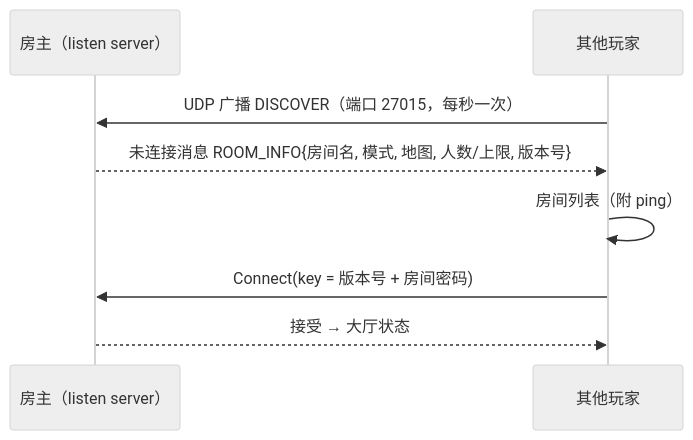
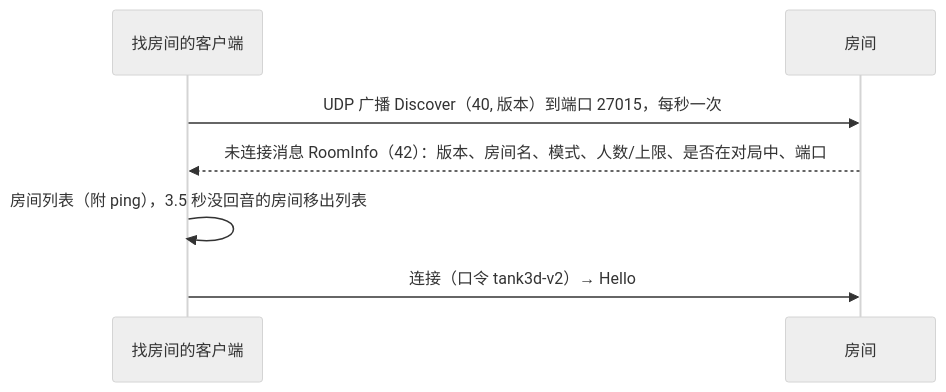
Before and after one commit to Murphycx94/BattleCity: the second of 2 diagrams in docs/03-netcode.md, drawn with Mermaid (neutral theme). The commit also changed other lines of this file and 152 other files, not shown here.

````diff
--- a/docs/03-netcode.md
+++ b/docs/03-netcode.md
@@ -247,10 +277,9 @@
 ```mermaid
 sequenceDiagram
-  participant H as 房主（listen server）
-  participant C as 其他玩家
-  C->>H: UDP 广播 DISCOVER（端口 27015，每秒一次）
-  H-->>C: 未连接消息 ROOM_INFO{房间名, 模式, 地图, 人数/上限, 版本号}
-  C->>C: 房间列表（附 ping）
-  C->>H: Connect(key = 版本号 + 房间密码)
-  H-->>C: 接受 → 大厅状态
+  participant C as 找房间的客户端
+  participant H as 房间
+  C->>H: UDP 广播 Discover（40, 版本）到端口 27015，每秒一次
+  H-->>C: 未连接消息 RoomInfo（42）：版本、房间名、模式、人数/上限、是否在对局中、端口
+  C->>C: 房间列表（附 ping），3.5 秒没回音的房间移出列表
+  C->>H: 连接（口令 tank3d-v2）→ Hello
 ```
````
